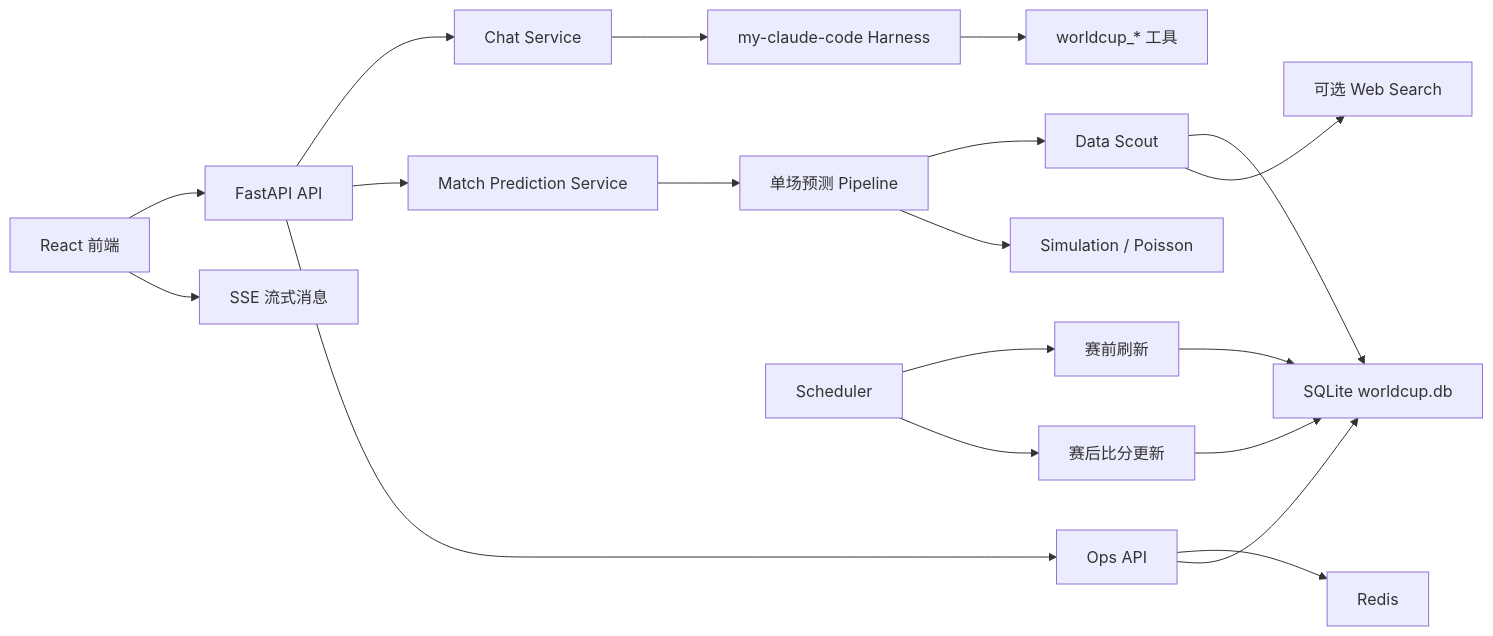
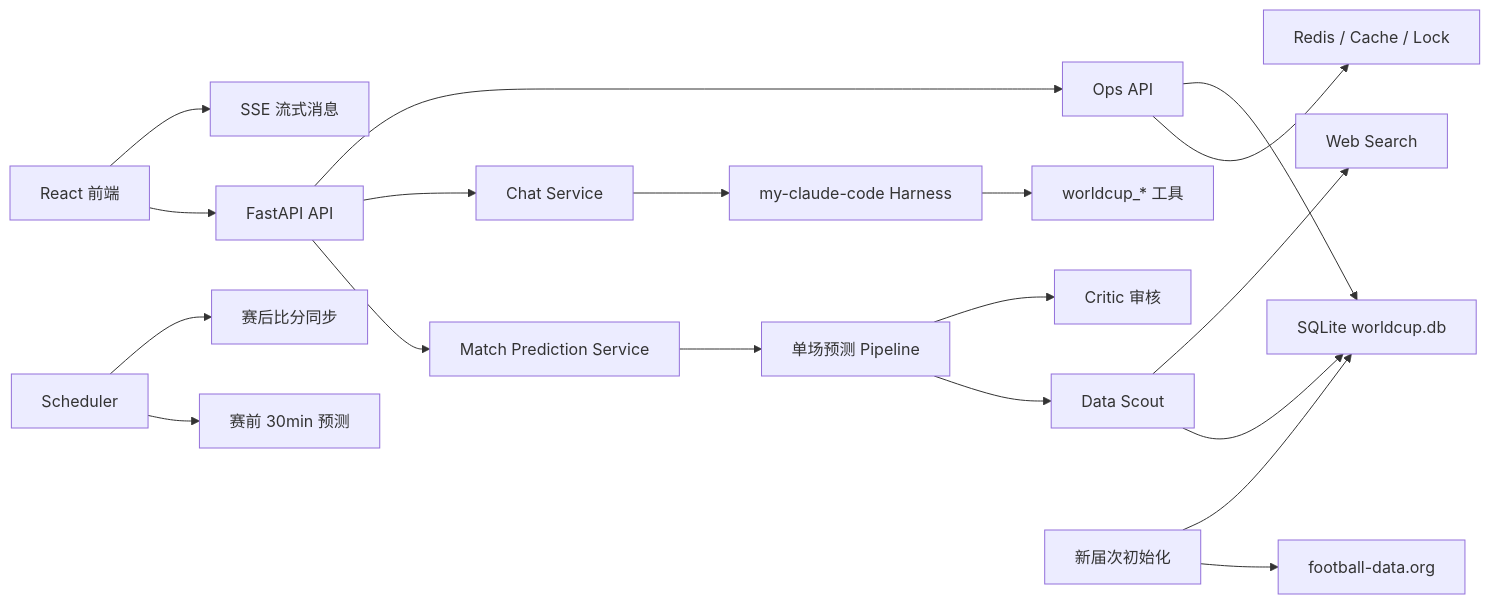
Before and after one commit to spiderman975/worldcup-predict-agent-master: the diagram in README.md, drawn with Mermaid. The commit also changed other lines of this file and 1 other file, not shown here.

````diff
--- a/README.md
+++ b/README.md
@@ -77,21 +57,21 @@
 ```mermaid
 flowchart LR
   UI["React 前端"] --> API["FastAPI API"]
   UI --> SSE["SSE 流式消息"]
+  API --> Match["Match Prediction Service"]
   API --> Chat["Chat Service"]
-  API --> Match["Match Prediction Service"]
   API --> Ops["Ops API"]
   Chat --> Harness["my-claude-code Harness"]
   Harness --> Tools["worldcup_* 工具"]
   Match --> Pipeline["单场预测 Pipeline"]
   Pipeline --> Scout["Data Scout"]
-  Pipeline --> Sim["Simulation / Poisson"]
+  Pipeline --> Critic["Critic 审核"]
   Scout --> DB["SQLite worldcup.db"]
-  Scout --> Web["可选 Web Search"]
-  Ops --> Redis["Redis"]
+  Scout --> Web["Web Search"]
+  Ops --> Redis["Redis / Cache / Lock"]
   Ops --> DB
-  Scheduler["Scheduler"] --> Pre["赛前刷新"]
-  Scheduler --> Post["赛后比分更新"]
-  Pre --> DB
-  Post --> DB
+  Scheduler["Scheduler"] --> Pre["赛前 30min 预测"]
+  Scheduler --> Post["赛后比分同步"]
+  Import["新届次初始化"] --> FootballData["football-data.org"]
+  Import --> DB
 ```
````
